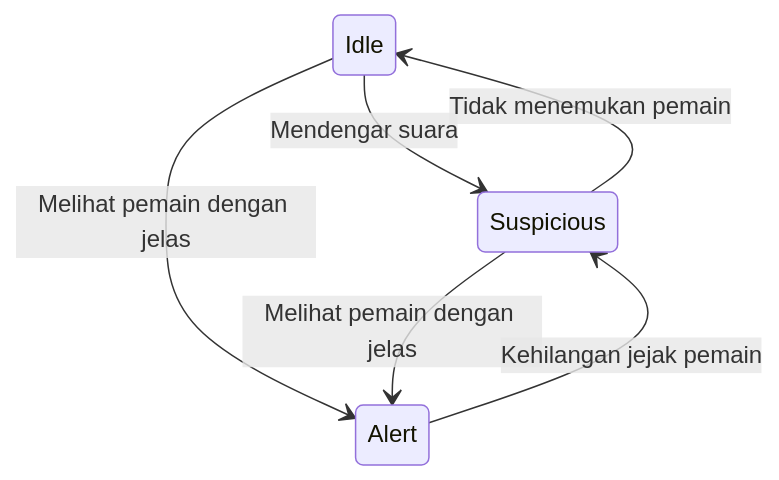
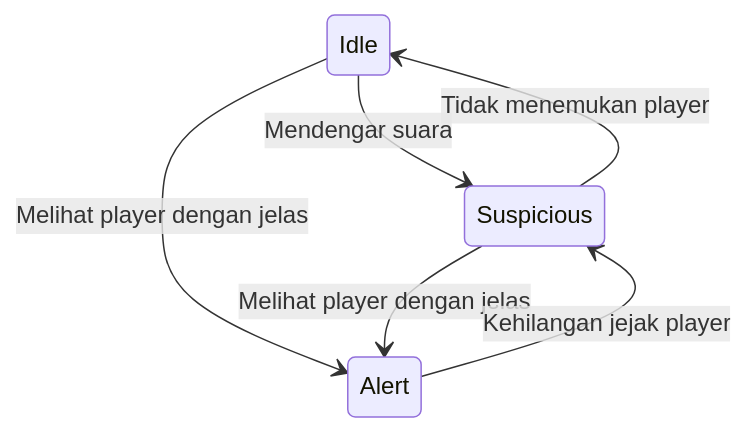
One commit to Arucaden/Expedition-67 changed the first of 2 diagrams in README.md. Above: the diagram before and after it, drawn with Mermaid. The commit also changed other lines of this file and 11 other files, not shown here.

```diff
--- a/README.md
+++ b/README.md
@@ -63,8 +65,8 @@
 :::mermaid
 stateDiagram-v2
     Idle --> Suspicious     : Mendengar suara
-    Idle --> Alert          : Melihat pemain dengan jelas
-    Suspicious --> Alert    : Melihat pemain dengan jelas
-    Suspicious --> Idle     : Tidak menemukan pemain
-    Alert --> Suspicious    : Kehilangan jejak pemain
+    Idle --> Alert          : Melihat player dengan jelas
+    Suspicious --> Alert    : Melihat player dengan jelas
+    Suspicious --> Idle     : Tidak menemukan player
+    Alert --> Suspicious    : Kehilangan jejak player
 :::
```
